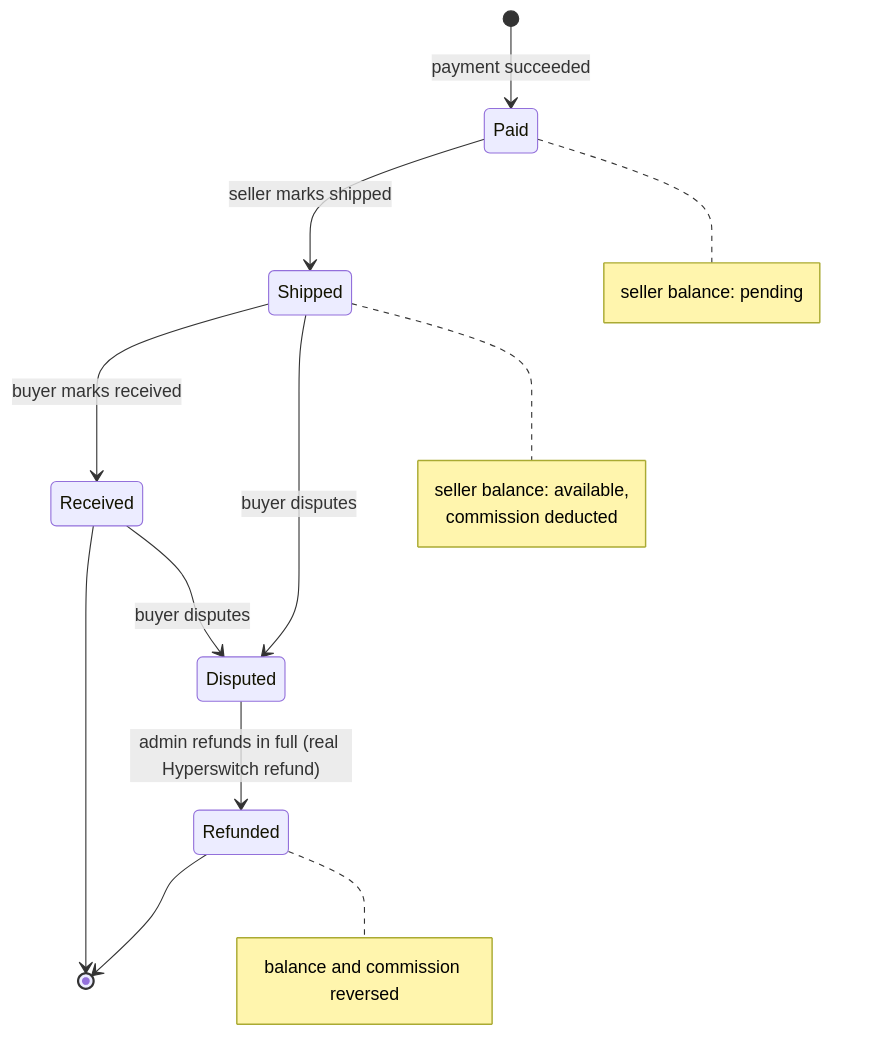
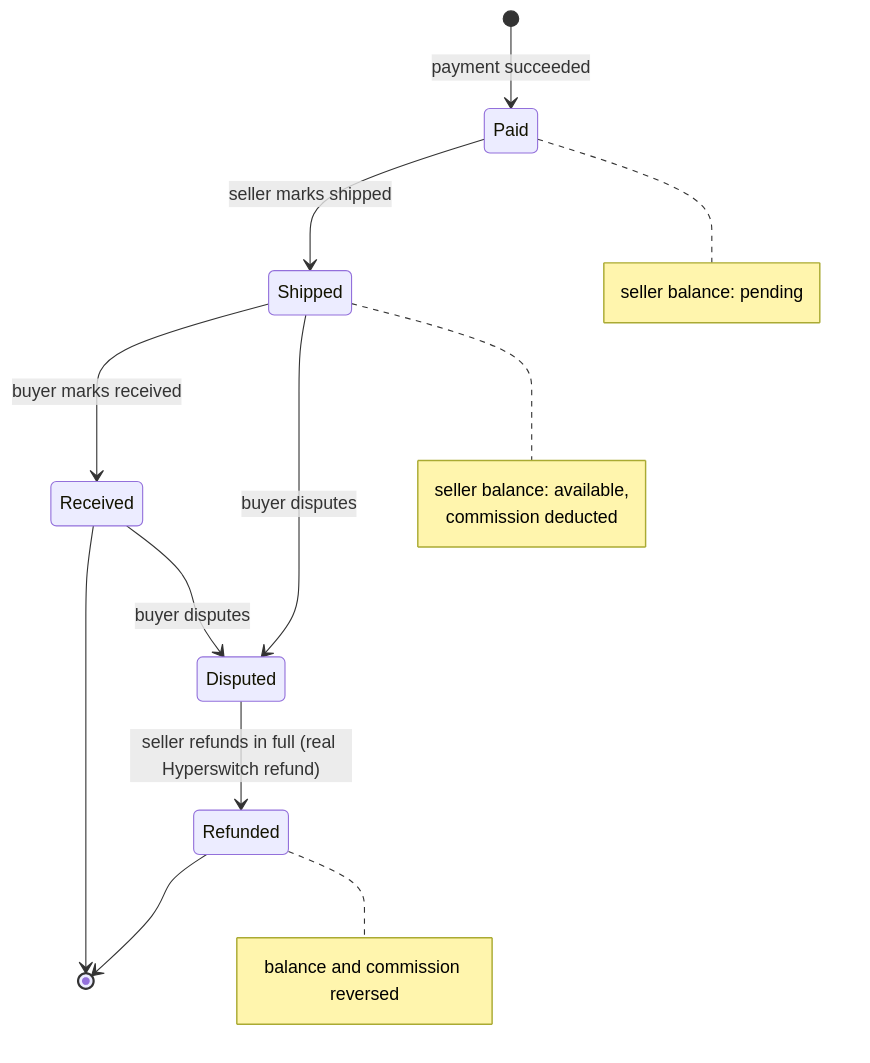
Before and after one commit to jamespotash0/juspay-prototype: the fourth of 4 diagrams in README.md, drawn with Mermaid. The commit also changed other lines of this file and 15 other files, not shown here.

First line of the commit message:
The seller refunds, not the admin; clearer seller summary cards

````diff
--- a/README.md
+++ b/README.md
@@ -216,22 +216,22 @@
 ```mermaid
 stateDiagram-v2
   [*] --> Paid: payment succeeded
   Paid --> Shipped: seller marks shipped
   Shipped --> Received: buyer marks received
   Received --> [*]
   Shipped --> Disputed: buyer disputes
   Received --> Disputed: buyer disputes
-  Disputed --> Refunded: admin refunds in full (real Hyperswitch refund)
+  Disputed --> Refunded: seller refunds in full (real Hyperswitch refund)
   Refunded --> [*]
 
   note right of Paid
     seller balance: pending
   end note
   note right of Shipped
     seller balance: available,
     commission deducted
   end note
   note right of Refunded
     balance and commission reversed
   end note
 ```
````
